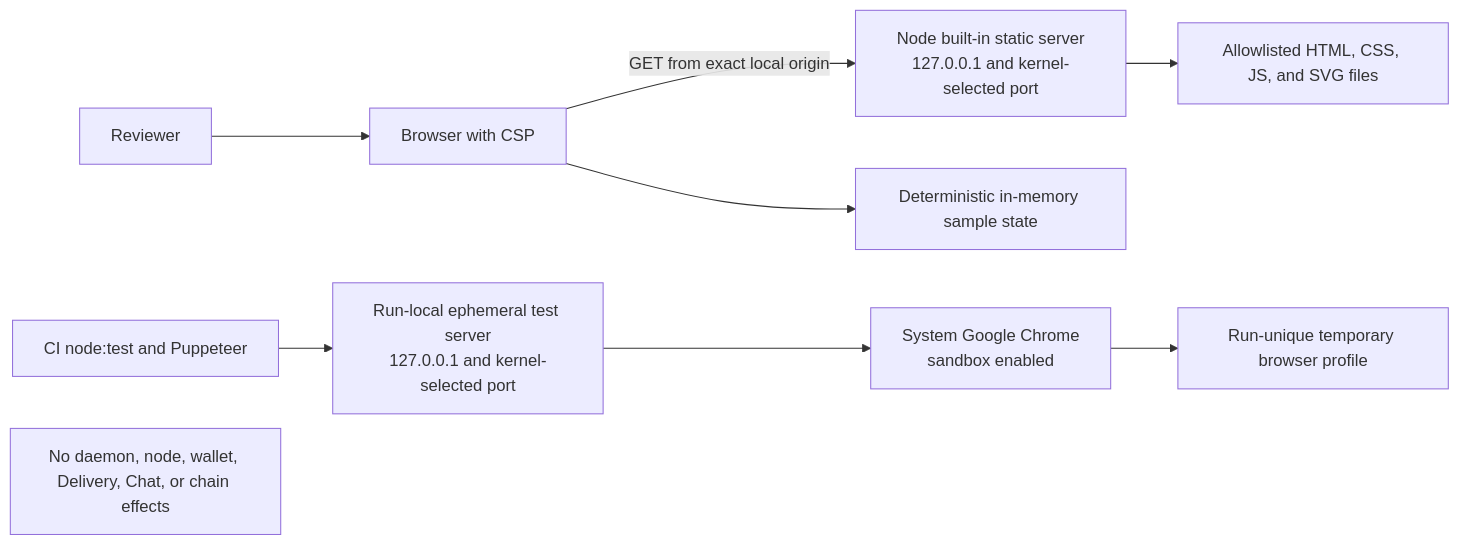
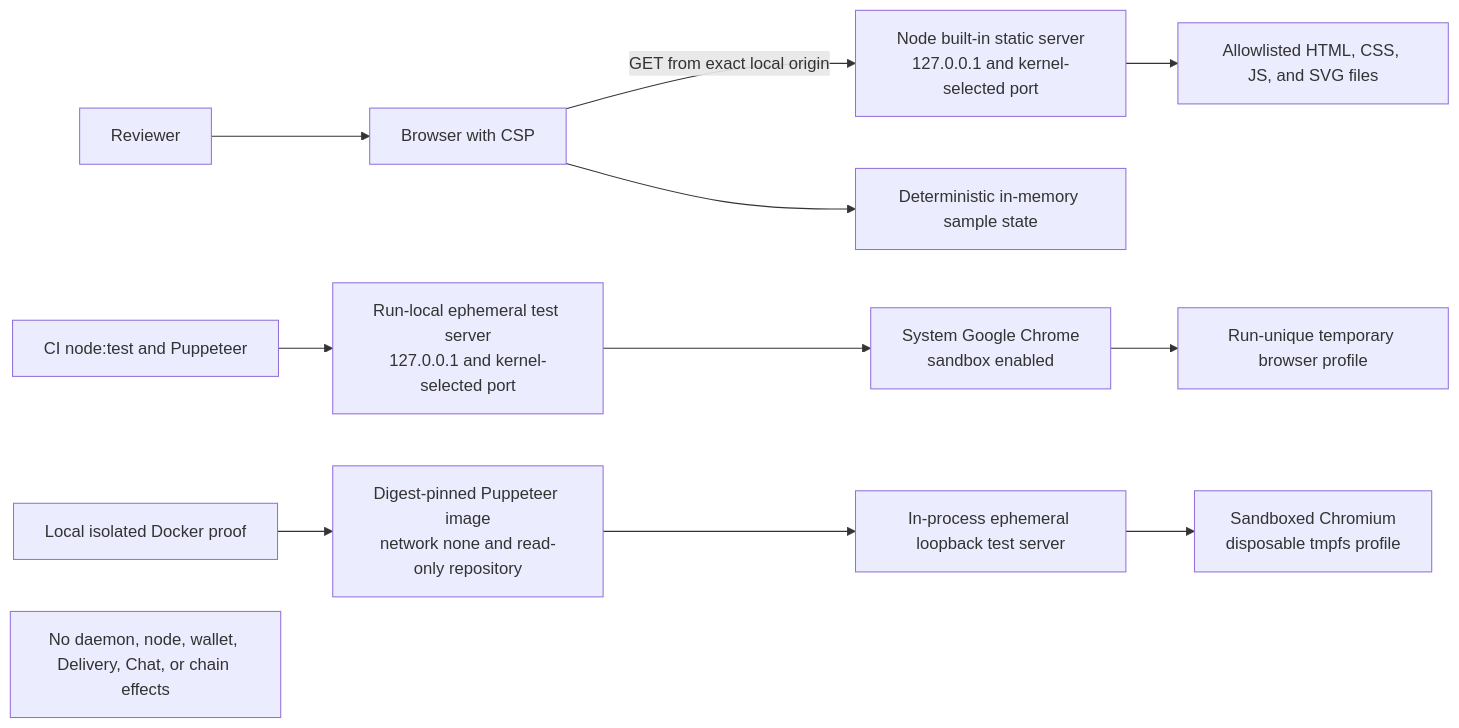
The first of 24 diagrams in docs/architecture/deployment-components-and-rpcs.md (gateway-fm/lez-atomic-swaps), drawn with Mermaid before and after one commit. The commit also changed other lines of this file and 8 other files, not shown here.

````diff
--- a/docs/architecture/deployment-components-and-rpcs.md
+++ b/docs/architecture/deployment-components-and-rpcs.md
@@ -25,11 +25,14 @@
 ```mermaid
 flowchart LR
     Reviewer["Reviewer"] --> Browser["Browser with CSP"]
     Browser -->|"GET from exact local origin"| Server["Node built-in static server<br/>127.0.0.1 and kernel-selected port"]
     Server --> Files["Allowlisted HTML, CSS, JS, and SVG files"]
     Browser --> Memory["Deterministic in-memory sample state"]
     CI["CI node:test and Puppeteer"] --> TestServer["Run-local ephemeral test server<br/>127.0.0.1 and kernel-selected port"]
     TestServer --> Chrome["System Google Chrome<br/>sandbox enabled"]
     Chrome --> Profile["Run-unique temporary browser profile"]
+    LocalRunner["Local isolated Docker proof"] --> Container["Digest-pinned Puppeteer image<br/>network none and read-only repository"]
+    Container --> LocalServer["In-process ephemeral loopback test server"]
+    LocalServer --> LocalChrome["Sandboxed Chromium<br/>disposable tmpfs profile"]
     Boundary["No daemon, node, wallet, Delivery, Chat, or chain effects"]
 ```
````
